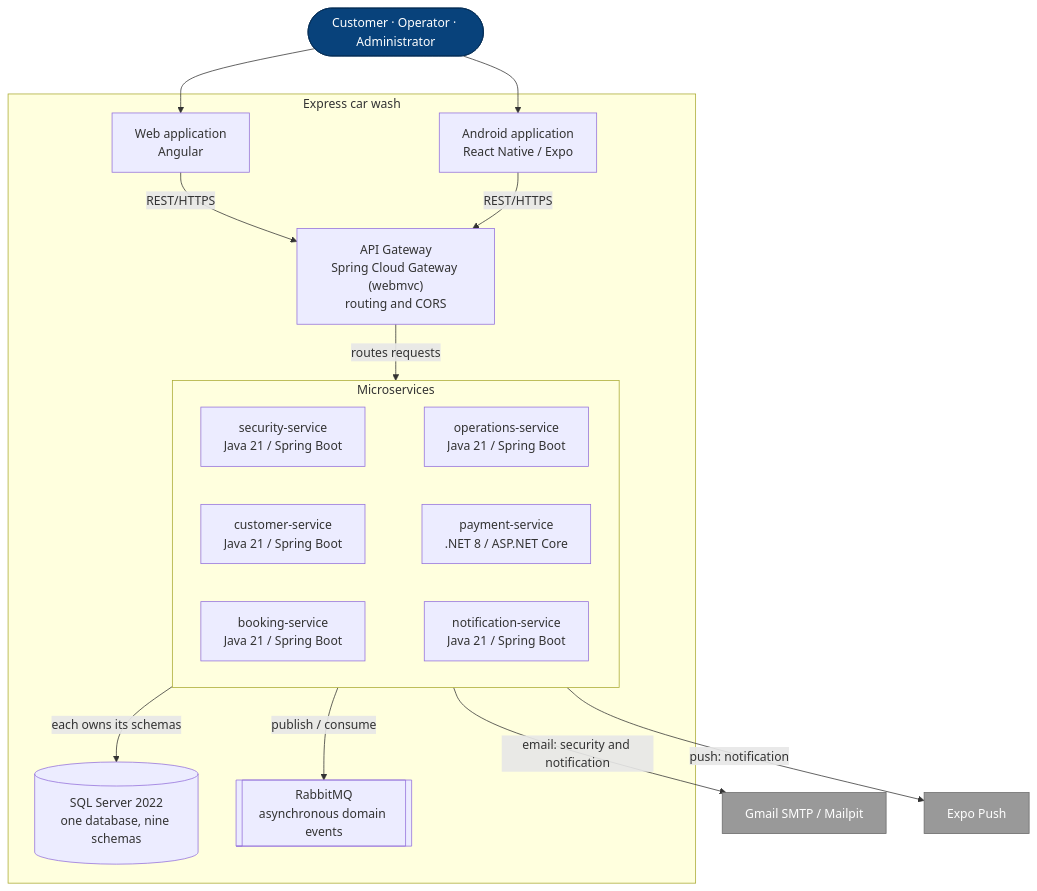
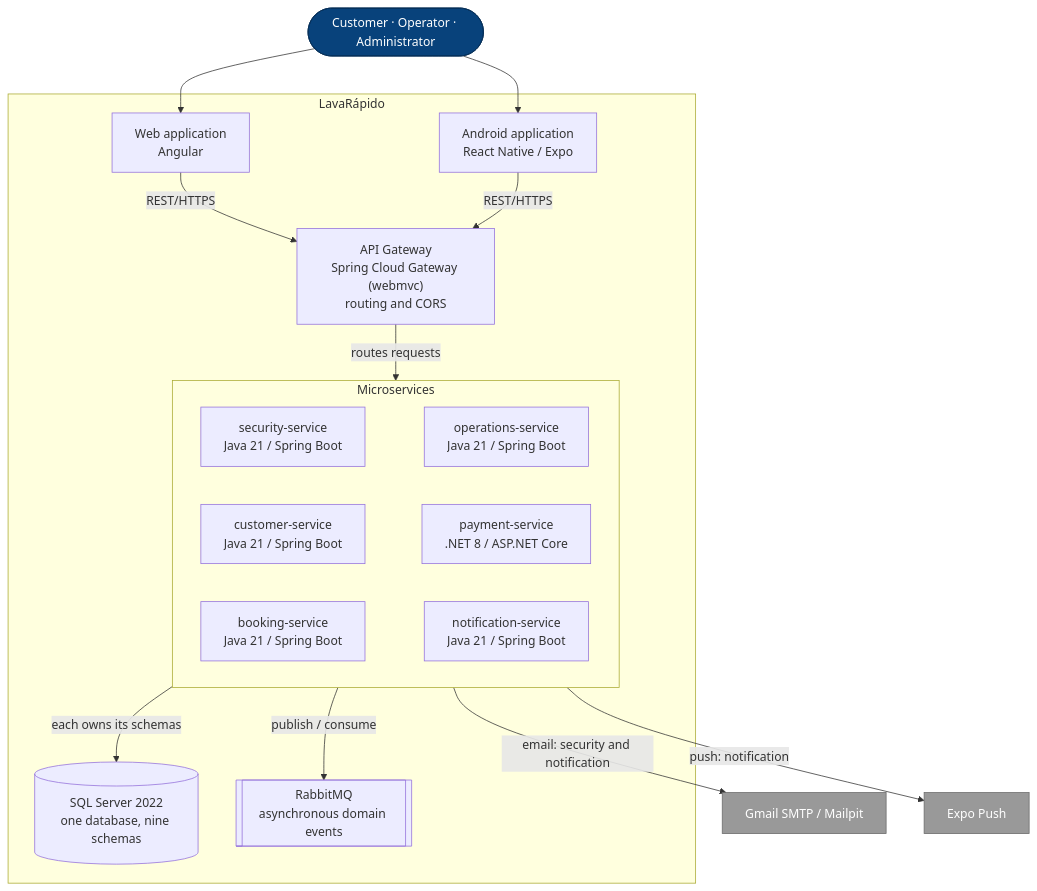
One commit to code-sena/vehicle-w-docs changed the second of 2 diagrams in 05-architecture/overview.md. Above: the diagram before and after it, drawn with Mermaid. The commit also changed other lines of this file and 6 other files, not shown here.

First line of the commit message:
docs(context): call the product LavaRápido, record v1.0.0 in 8 repositories and remove the demo and development passwords

````diff
--- a/05-architecture/overview.md
+++ b/05-architecture/overview.md
@@ -96,38 +96,38 @@
 ```mermaid
 flowchart TB
     people(["Customer · Operator · Administrator"]):::person
-    subgraph system[Express car wash]
+    subgraph system[LavaRápido]
         web["Web application<br/>Angular"]
         mobile["Android application<br/>React Native / Expo"]
         gateway["API Gateway<br/>Spring Cloud Gateway (webmvc)<br/>routing and CORS"]
         subgraph svc[Microservices]
             direction LR
             security["security-service<br/>Java 21 / Spring Boot"]
             customerSvc["customer-service<br/>Java 21 / Spring Boot"]
             booking["booking-service<br/>Java 21 / Spring Boot"]
             operations["operations-service<br/>Java 21 / Spring Boot"]
             payment["payment-service<br/>.NET 8 / ASP.NET Core"]
             notification["notification-service<br/>Java 21 / Spring Boot"]
             security ~~~ operations
             customerSvc ~~~ payment
             booking ~~~ notification
         end
         sqlserver[("SQL Server 2022<br/>one database, nine schemas")]
         rabbit[["RabbitMQ<br/>asynchronous domain events"]]
     end
     smtp["Gmail SMTP / Mailpit"]:::ext
     expo["Expo Push"]:::ext
 
     people --> web
     people --> mobile
     web -- "REST/HTTPS" --> gateway
     mobile -- "REST/HTTPS" --> gateway
     gateway -- "routes requests" --> svc
     svc -- "each owns its schemas" --> sqlserver
     svc -- "publish / consume" --> rabbit
     svc -- "email: security and notification" --> smtp
     svc -- "push: notification" --> expo
 
     classDef person fill:#08427b,color:#fff,stroke:#052e56
     classDef ext fill:#999,color:#fff,stroke:#6b6b6b
 ```
````
